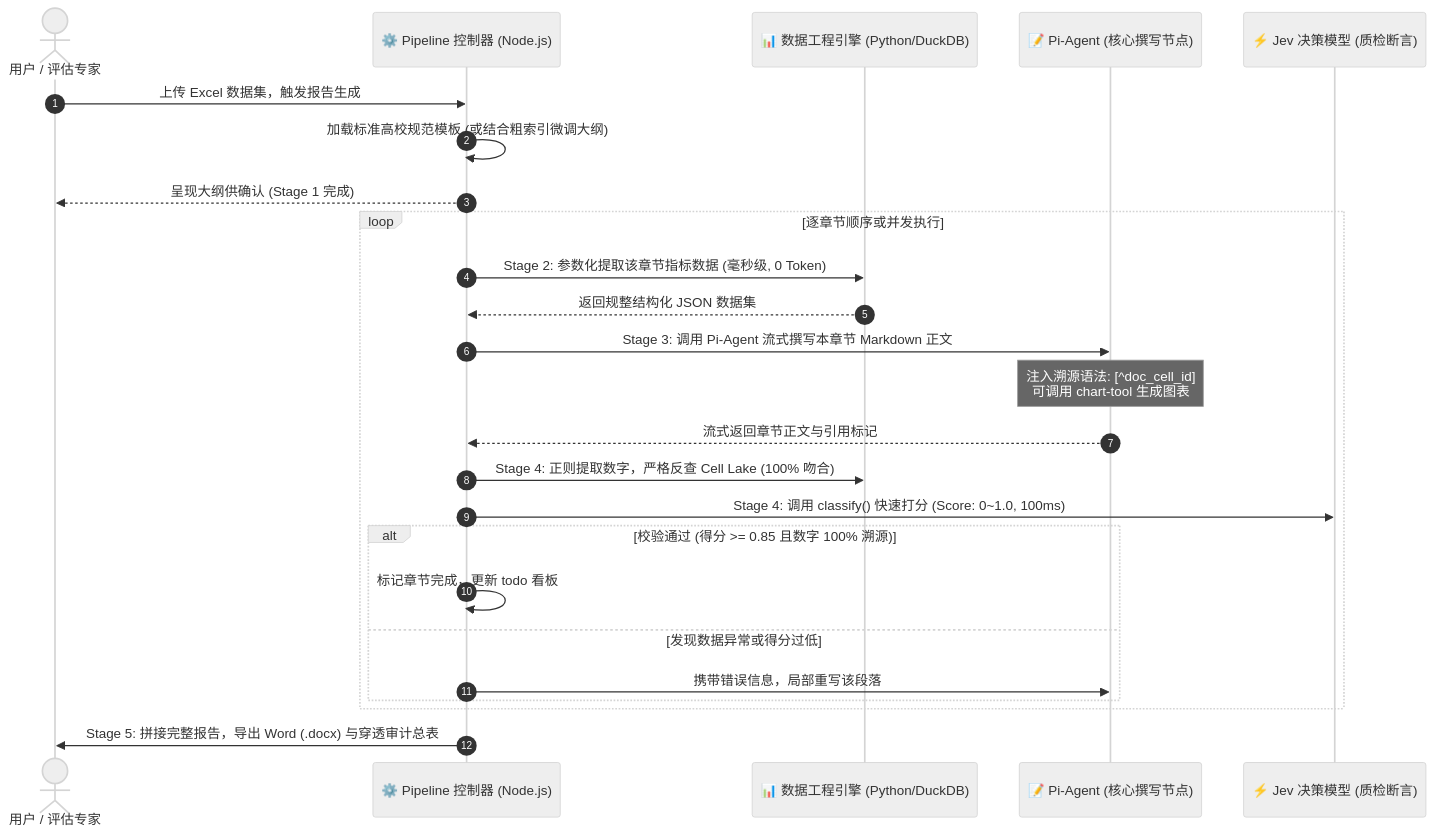
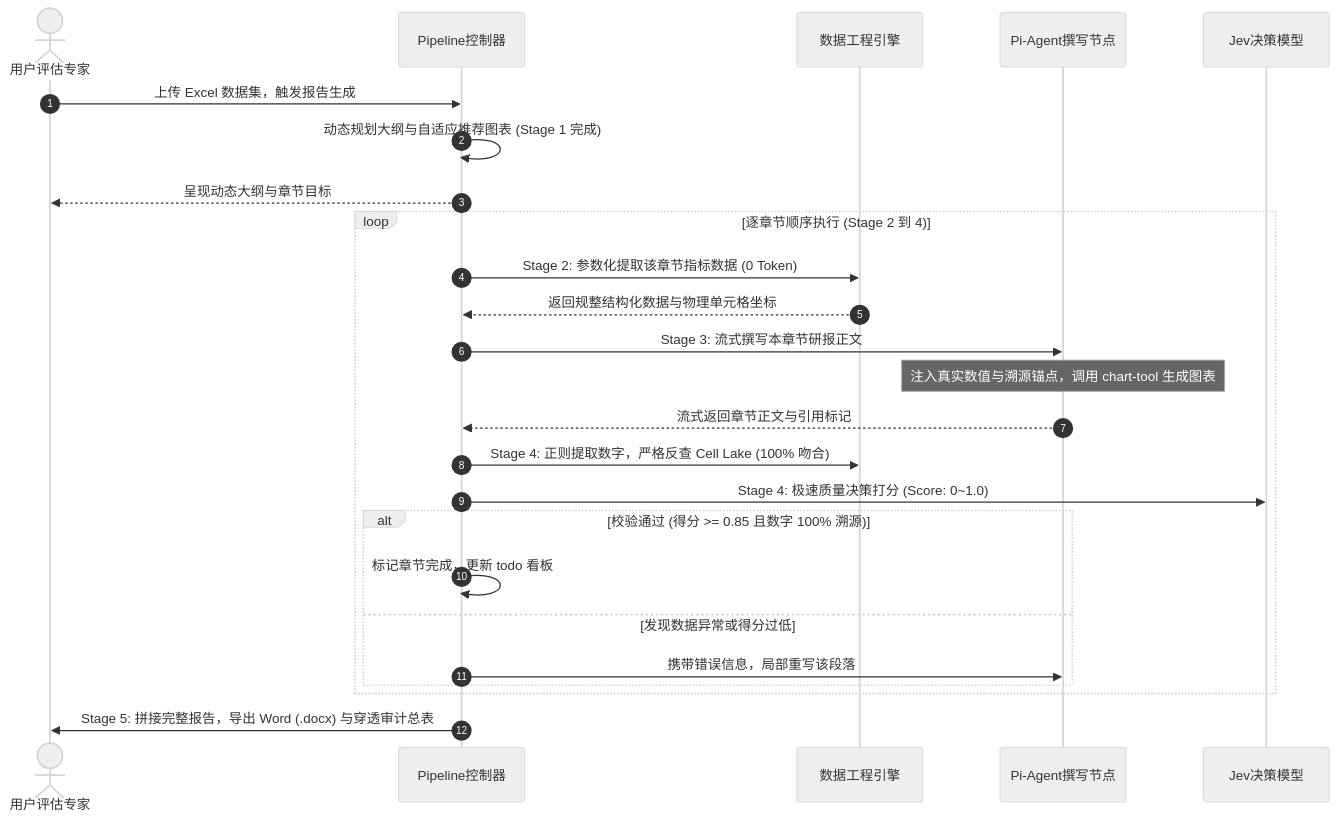
Before and after one commit to yvemiz/excel_report_version2: the second of 3 diagrams in excel_report_agent_system_architecture.md, drawn with Mermaid (neutral theme). The commit also changed other lines of this file and 3 other files, not shown here.

````diff
--- a/excel_report_agent_system_architecture.md
+++ b/excel_report_agent_system_architecture.md
@@ -119,33 +146,33 @@
 ```mermaid
 sequenceDiagram
     autonumber
-    actor User as 用户 / 评估专家
-    participant Pipe as ⚙️ Pipeline 控制器 (Node.js)
-    participant Data as 📊 数据工程引擎 (Python/DuckDB)
-    participant Pi as 📝 Pi-Agent (核心撰写节点)
-    participant Jev as ⚡ Jev 决策模型 (质检断言)
+    actor User as 用户评估专家
+    participant Pipe as Pipeline控制器
+    participant Data as 数据工程引擎
+    participant Pi as Pi-Agent撰写节点
+    participant Jev as Jev决策模型
 
     User->>Pipe: 上传 Excel 数据集，触发报告生成
-    Pipe->>Pipe: 加载标准高校规范模板 (或结合粗索引微调大纲)
-    Pipe-->>User: 呈现大纲供确认 (Stage 1 完成)
+    Pipe->>Pipe: 动态规划大纲与自适应推荐图表 (Stage 1 完成)
+    Pipe-->>User: 呈现动态大纲与章节目标
 
-    loop 逐章节顺序或并发执行
-        Pipe->>Data: Stage 2: 参数化提取该章节指标数据 (毫秒级, 0 Token)
-        Data-->>Pipe: 返回规整结构化 JSON 数据集
+    loop 逐章节顺序执行 (Stage 2 到 4)
+        Pipe->>Data: Stage 2: 参数化提取该章节指标数据 (0 Token)
+        Data-->>Pipe: 返回规整结构化数据与物理单元格坐标
         
-        Pipe->>Pi: Stage 3: 调用 Pi-Agent 流式撰写本章节 Markdown 正文
-        Note over Pi: 注入溯源语法: [^doc_cell_id]<br/>可调用 chart-tool 生成图表
+        Pipe->>Pi: Stage 3: 流式撰写本章节研报正文
+        Note over Pi: 注入真实数值与溯源锚点，调用 chart-tool 生成图表
         Pi-->>Pipe: 流式返回章节正文与引用标记
         
         Pipe->>Data: Stage 4: 正则提取数字，严格反查 Cell Lake (100% 吻合)
-        Pipe->>Jev: Stage 4: 调用 classify() 快速打分 (Score: 0~1.0, 100ms)
+        Pipe->>Jev: Stage 4: 极速质量决策打分 (Score: 0~1.0)
         
         alt 校验通过 (得分 >= 0.85 且数字 100% 溯源)
             Pipe->>Pipe: 标记章节完成，更新 todo 看板
         else 发现数据异常或得分过低
             Pipe->>Pi: 携带错误信息，局部重写该段落
         end
     end
 
     Pipe->>User: Stage 5: 拼接完整报告，导出 Word (.docx) 与穿透审计总表
 ```
````
